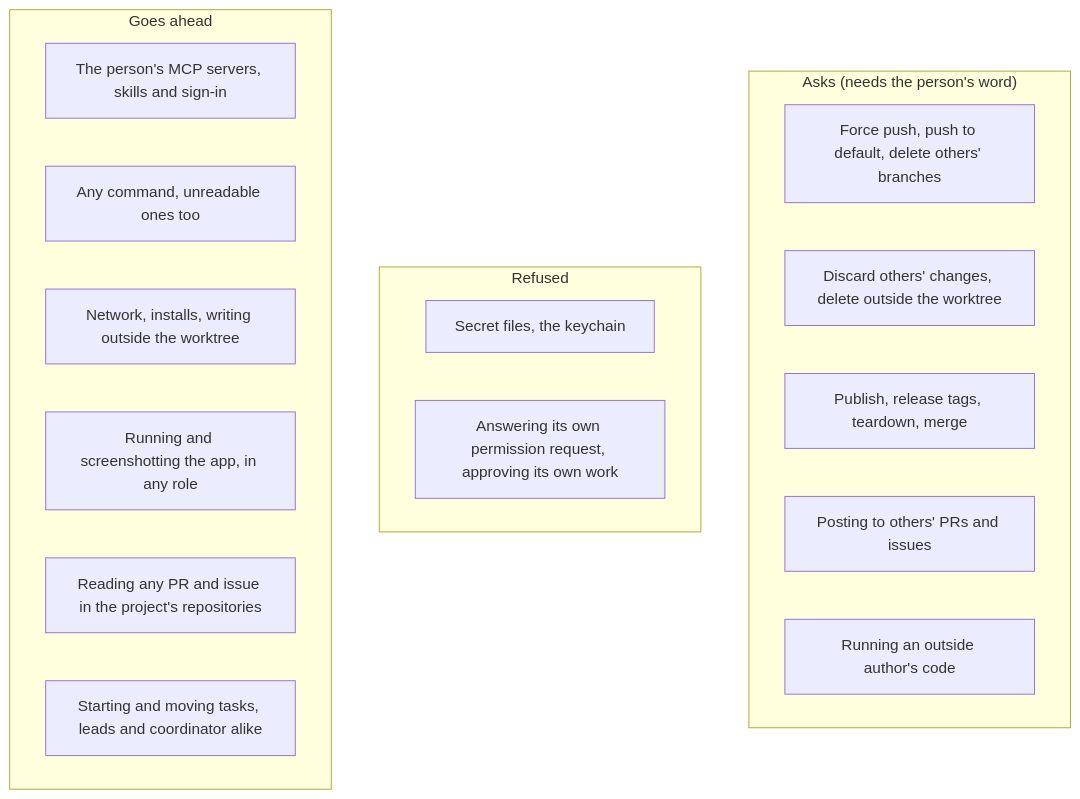
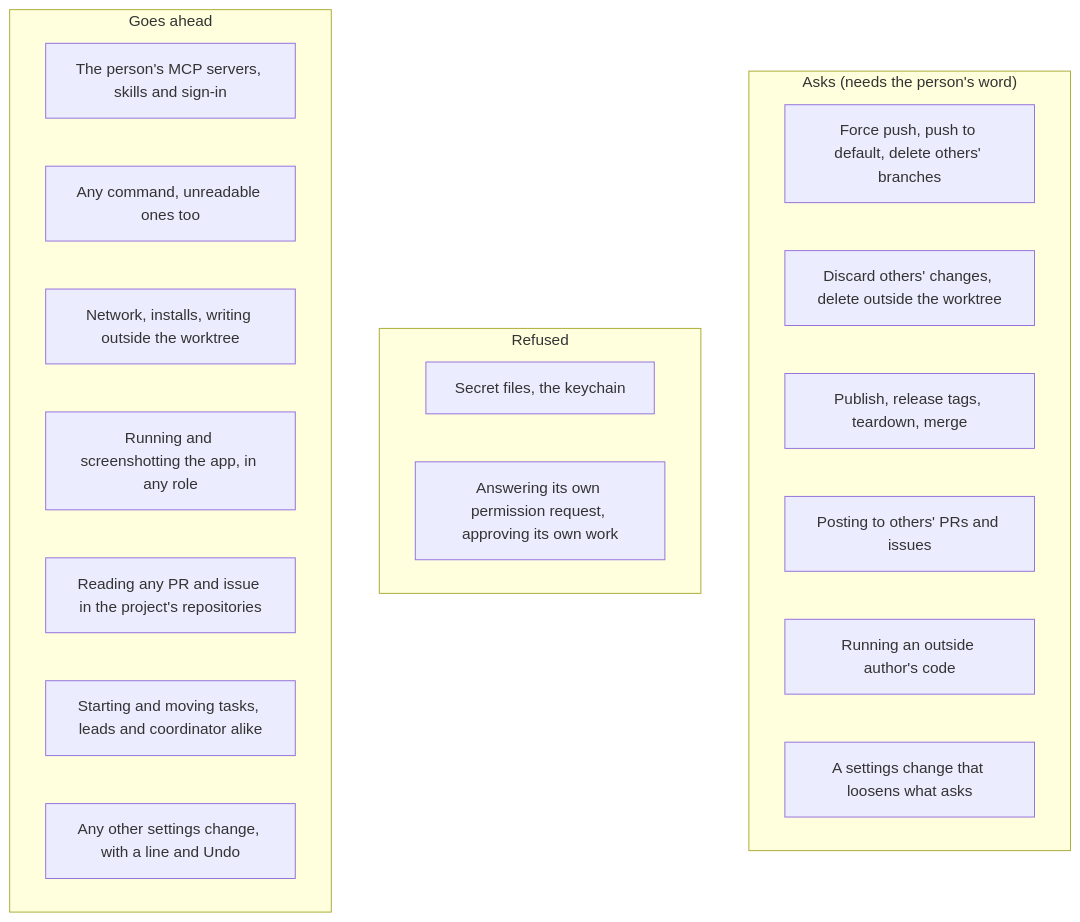
Before and after one commit to AltharIDE/althar: the diagram in docs/plans/capable-by-default.md, drawn with Mermaid. The commit also changed other lines of this file and 4 other files, not shown here.

````diff
--- a/docs/plans/capable-by-default.md
+++ b/docs/plans/capable-by-default.md
@@ -97,22 +105,24 @@
 ```mermaid
 flowchart TB
     subgraph Ask["Asks (needs the person's word)"]
       A1[Force push, push to default, delete others' branches]
       A2[Discard others' changes, delete outside the worktree]
       A3[Publish, release tags, teardown, merge]
       A4[Posting to others' PRs and issues]
       A5[Running an outside author's code]
+      A6[A settings change that loosens what asks]
     end
     subgraph Refused["Refused"]
       R1[Secret files, the keychain]
       R2[Answering its own permission request, approving its own work]
     end
     subgraph Free["Goes ahead"]
       F1[The person's MCP servers, skills and sign-in]
       F2[Any command, unreadable ones too]
       F3[Network, installs, writing outside the worktree]
       F4[Running and screenshotting the app, in any role]
       F5[Reading any PR and issue in the project's repositories]
       F6[Starting and moving tasks, leads and coordinator alike]
+      F7[Any other settings change, with a line and Undo]
     end
 ```
````
